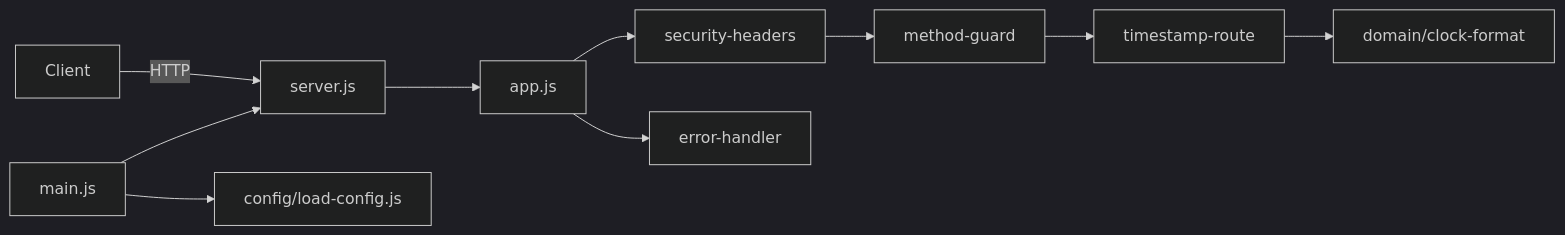
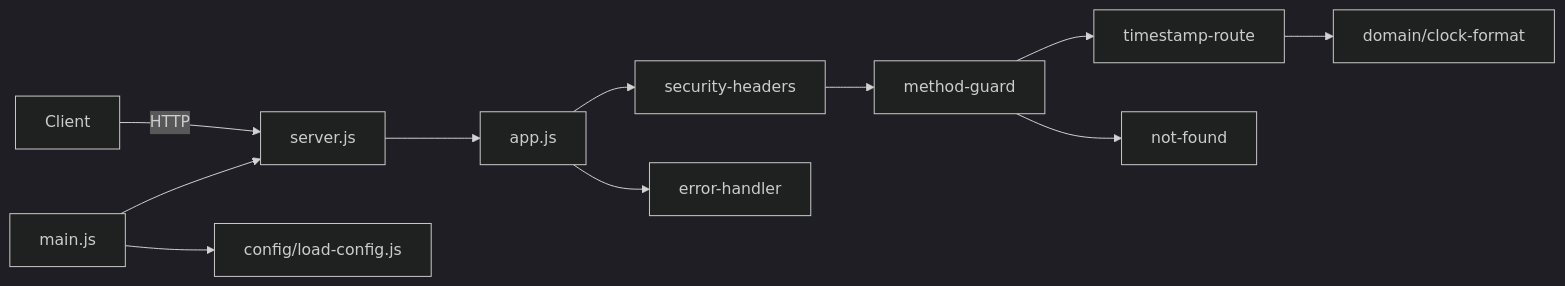
The diagram in docs/ARCHITECTURE.md (juanmafx/cd), drawn with Mermaid (dark theme) before and after one commit. The commit also changed other lines of this file and 18 other files, not shown here.

````diff
--- a/docs/ARCHITECTURE.md
+++ b/docs/ARCHITECTURE.md
@@ -7,12 +7,13 @@
 ```mermaid
 flowchart LR
     Client -->|HTTP| Server[server.js]
     Main[main.js] --> Config[config/load-config.js]
     Main --> Server
     Server --> App[app.js]
     App --> Headers[security-headers]
     Headers --> Guard[method-guard]
     Guard --> Route[timestamp-route]
     Route --> Format[domain/clock-format]
+    Guard --> NotFound[not-found]
     App --> Errors[error-handler]
 ```
````
